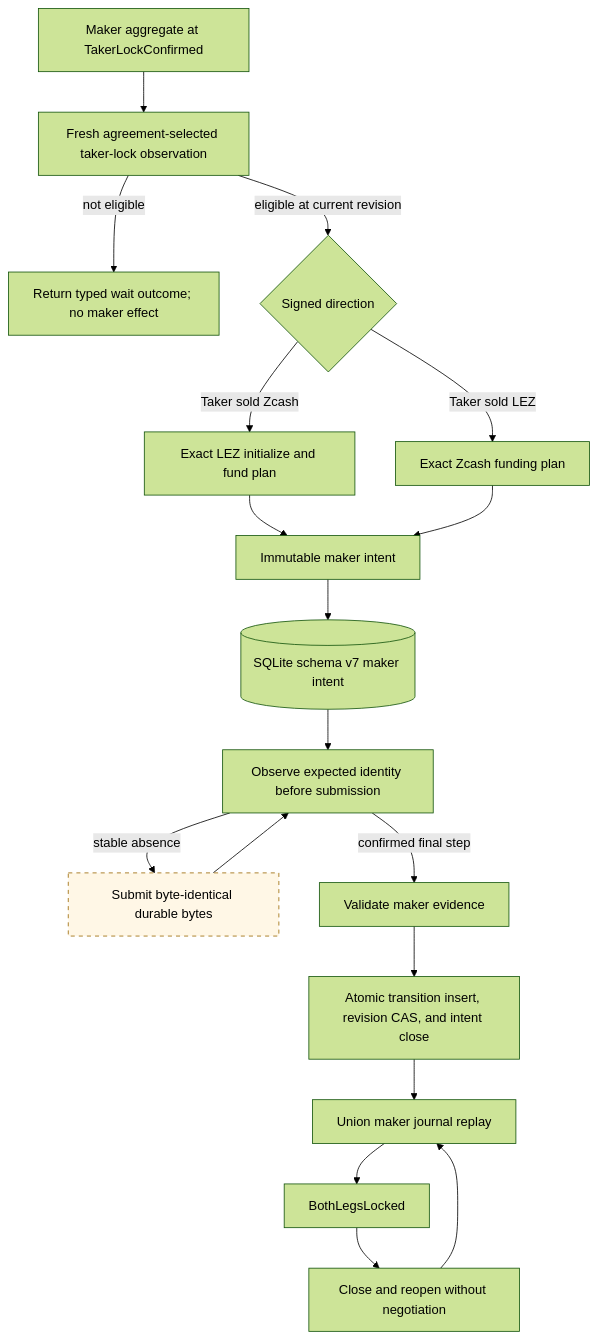
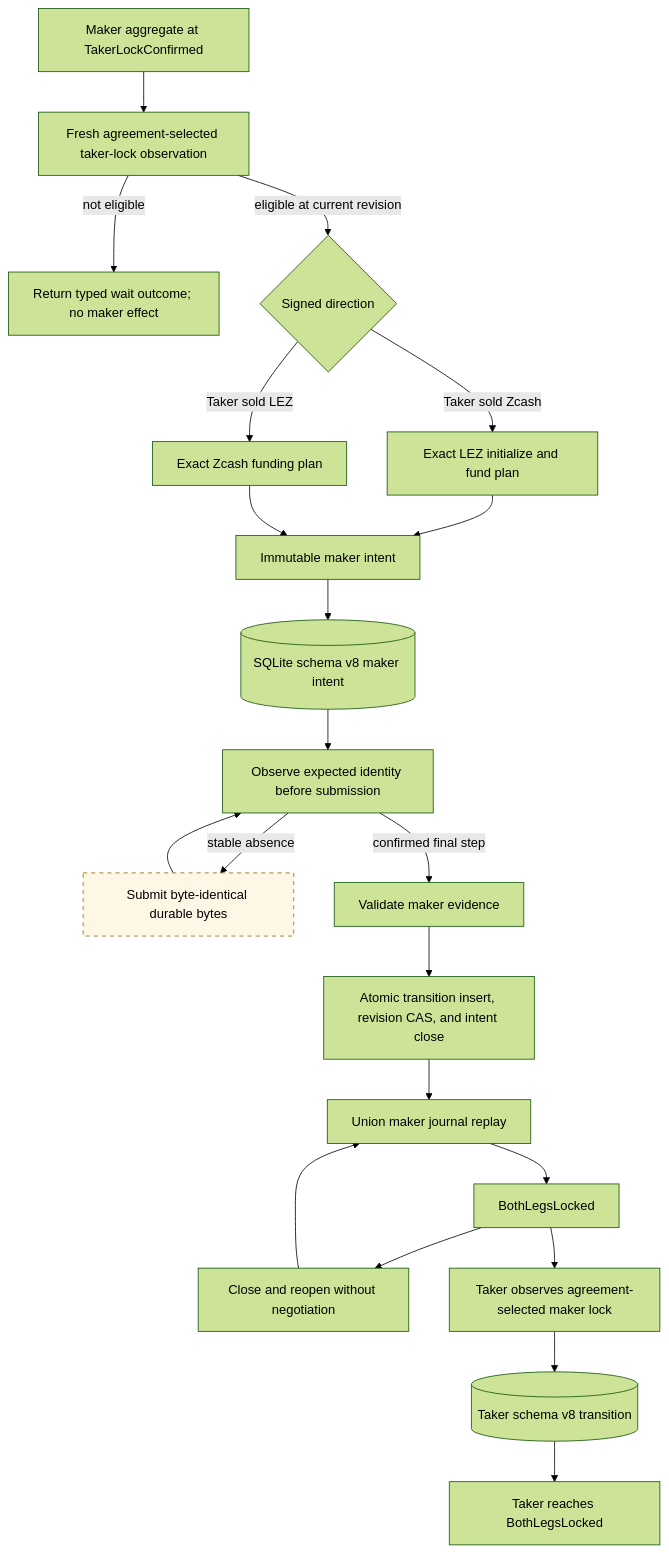
Before and after one commit to gateway-fm/lez-atomic-swaps: the diagram in docs/architecture/0020-durable-maker-second-lock.md, drawn with Mermaid (forest theme). The commit also changed other lines of this file and 11 other files, not shown here.

````diff
--- a/docs/architecture/0020-durable-maker-second-lock.md
+++ b/docs/architecture/0020-durable-maker-second-lock.md
@@ -7,23 +7,26 @@
 ```mermaid
 flowchart TB
     Head["Maker aggregate at TakerLockConfirmed"] --> Fresh["Fresh agreement-selected taker-lock observation"]
     Fresh -->|"not eligible"| Wait["Return typed wait outcome; no maker effect"]
     Fresh -->|"eligible at current revision"| Plan{"Signed direction"}
     Plan -->|"Taker sold Zcash"| Lez["Exact LEZ initialize and fund plan"]
     Plan -->|"Taker sold LEZ"| Zec["Exact Zcash funding plan"]
     Lez --> Intent["Immutable maker intent"]
     Zec --> Intent
-    Intent --> Store[("SQLite schema v7 maker intent")]
+    Intent --> Store[("SQLite schema v8 maker intent")]
     Store --> Observe["Observe expected identity before submission"]
     Observe -->|"stable absence"| Submit["Submit byte-identical durable bytes"]
     Observe -->|"confirmed final step"| Project["Validate maker evidence"]
     Submit --> Observe
     Project --> Atomic["Atomic transition insert, revision CAS, and intent close"]
     Atomic --> Journal["Union maker journal replay"]
     Journal --> Both["BothLegsLocked"]
     Both --> Restart["Close and reopen without negotiation"]
+    Both --> Remote["Taker observes agreement-selected maker lock"]
+    Remote --> TakerJournal[("Taker schema v8 transition")]
+    TakerJournal --> TakerBoth["Taker reaches BothLegsLocked"]
     Restart --> Journal
 
     classDef planned stroke-dasharray: 5 5,fill:#fff7e6,stroke:#9a6700;
     class Submit planned;
 ```
````
